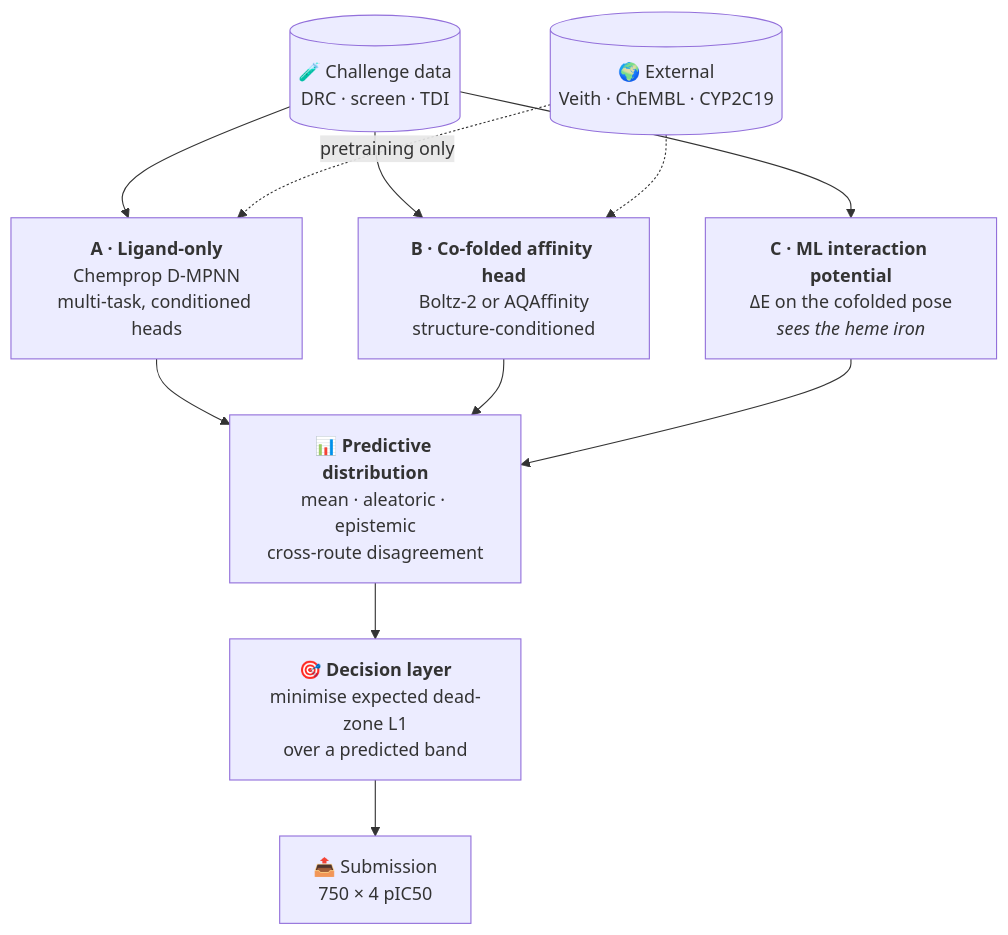
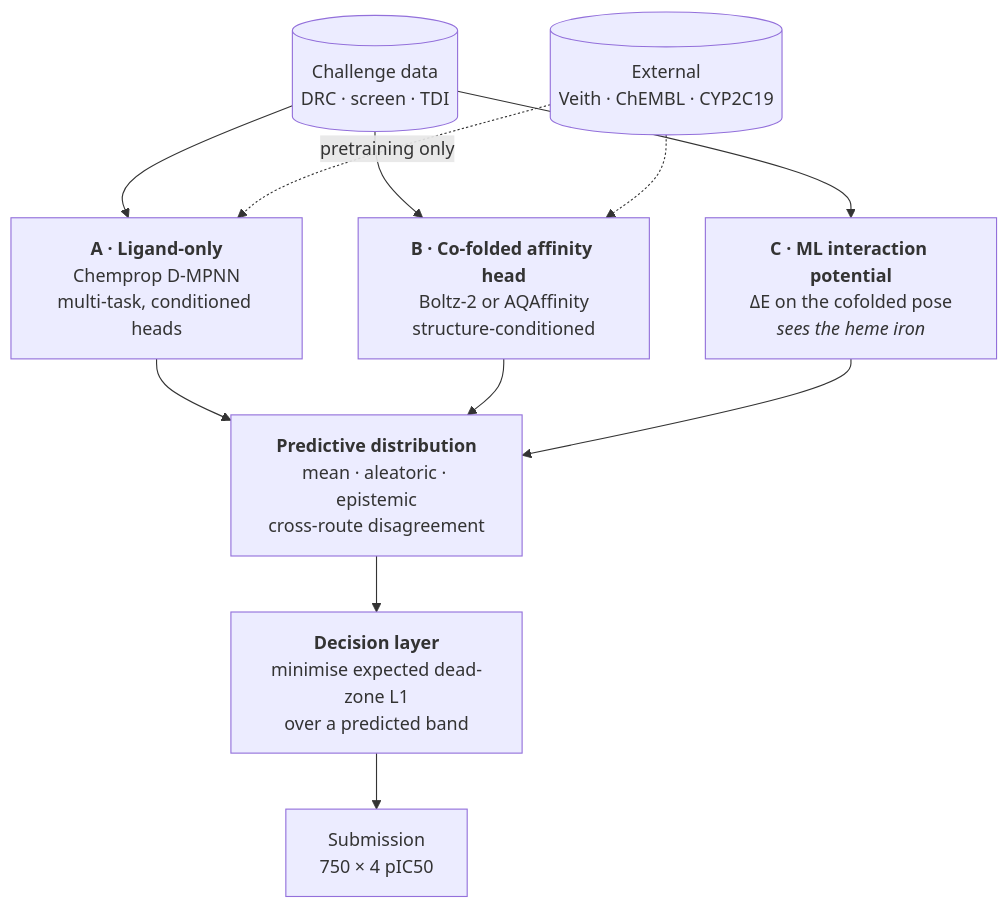
Before and after one commit to SimonCrouzet/CYP-Shift: the diagram in README.md, drawn with Mermaid. The commit also changed other lines of this file, not shown here.

````diff
--- a/README.md
+++ b/README.md
@@ -102,19 +91,19 @@
 ```mermaid
 flowchart TD
-    D[("🧪 Challenge data<br/>DRC · screen · TDI")] --> A
+    D[("Challenge data<br/>DRC · screen · TDI")] --> A
     D --> B
     D --> C
-    X[("🌍 External<br/>Veith · ChEMBL · CYP2C19")] -.pretraining only.-> A
+    X[("External<br/>Veith · ChEMBL · CYP2C19")] -.pretraining only.-> A
     X -.-> B
 
     A["<b>A · Ligand-only</b><br/>Chemprop D-MPNN<br/>multi-task, conditioned heads"]
     B["<b>B · Co-folded affinity head</b><br/>Boltz-2 or AQAffinity<br/>structure-conditioned"]
     C["<b>C · ML interaction potential</b><br/>ΔE on the cofolded pose<br/><i>sees the heme iron</i>"]
 
     A --> P
     B --> P
     C --> P
-    P["<b>📊 Predictive distribution</b><br/>mean · aleatoric · epistemic<br/>cross-route disagreement"]
-    P --> Q["<b>🎯 Decision layer</b><br/>minimise expected dead-zone L1<br/>over a predicted band"]
-    Q --> S["📤 Submission<br/>750 × 4 pIC50"]
+    P["<b>Predictive distribution</b><br/>mean · aleatoric · epistemic<br/>cross-route disagreement"]
+    P --> Q["<b>Decision layer</b><br/>minimise expected dead-zone L1<br/>over a predicted band"]
+    Q --> S["Submission<br/>750 × 4 pIC50"]
 ```
````
